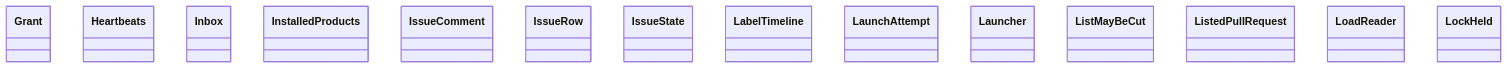
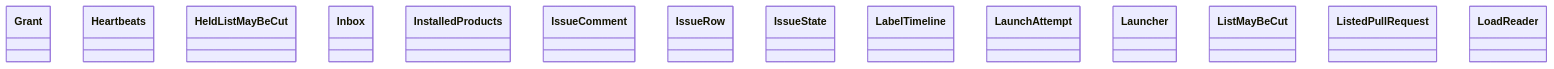
One commit to GonzaloZevallos/agentic-system changed the diagram in docs/architecture/generated/classes-process-application-support-3.md. Above: the diagram before and after it, drawn with Mermaid. The commit also changed other lines of this file and 21 other files, not shown here.

````diff
--- a/docs/architecture/generated/classes-process-application-support-3.md
+++ b/docs/architecture/generated/classes-process-application-support-3.md
@@ -20,17 +20,17 @@
 ```mermaid
 classDiagram
     class ports__Grant["Grant"]
     class ports__Heartbeats["Heartbeats"]
+    class ports__HeldListMayBeCut["HeldListMayBeCut"]
     class ports__Inbox["Inbox"]
     class ports__InstalledProducts["InstalledProducts"]
     class ports__IssueComment["IssueComment"]
     class ports__IssueRow["IssueRow"]
     class ports__IssueState["IssueState"]
     class ports__LabelTimeline["LabelTimeline"]
     class ports__LaunchAttempt["LaunchAttempt"]
     class ports__Launcher["Launcher"]
     class ports__ListMayBeCut["ListMayBeCut"]
     class ports__ListedPullRequest["ListedPullRequest"]
     class ports__LoadReader["LoadReader"]
-    class ports__LockHeld["LockHeld"]
 ```
````
